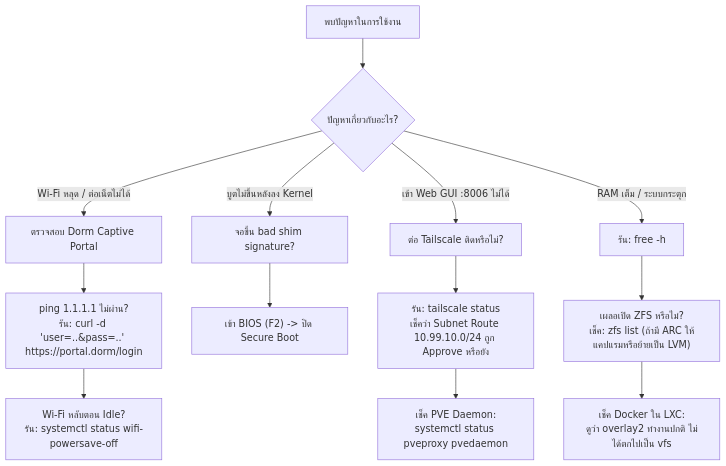
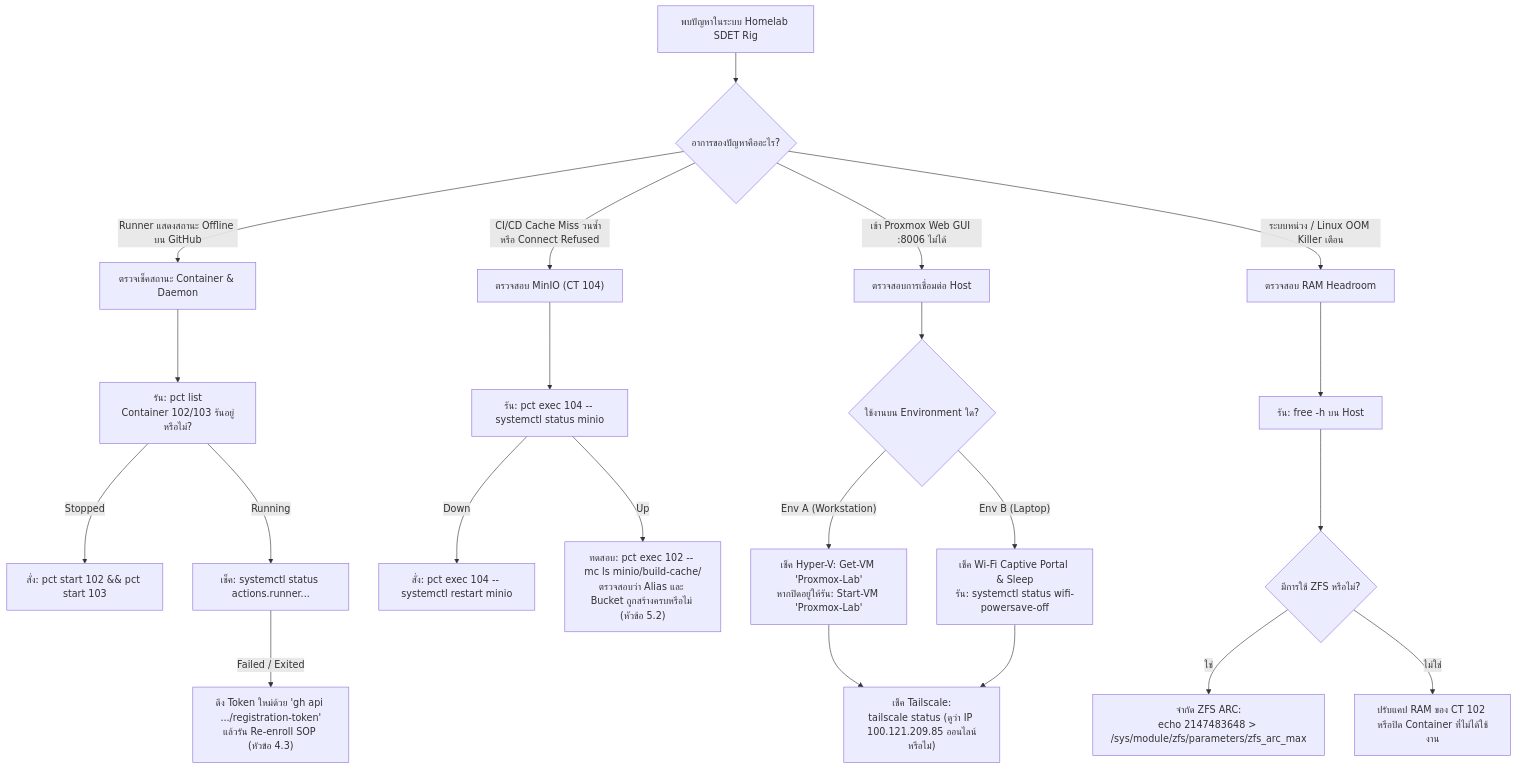
One commit to ugritchaichana/booth-homelab changed the second of 2 diagrams in RUNBOOK.md. Above: the diagram before and after it, drawn with Mermaid. The commit also changed other lines of this file and 1 other file, not shown here.

Commit message:
docs: finalize production runbook and wiki with dual-env ops, token rotation, and empirical traps

````diff
--- a/RUNBOOK.md
+++ b/RUNBOOK.md
@@ -294,19 +477,28 @@
 ```mermaid
 flowchart TD
-    Issue["พบปัญหาในการใช้งาน"] --> Q1{"ปัญหาเกี่ยวกับอะไร?"}
-    
-    Q1 -- "Wi-Fi หลุด / ต่อเน็ตไม่ได้" --> W1["ตรวจสอบ Dorm Captive Portal"]
-    W1 --> W2["ping 1.1.1.1 ไม่ผ่าน?\nรัน: curl -d 'user=..&pass=..' https://portal.dorm/login"]
-    W2 --> W3["Wi-Fi หลับตอน Idle?\nรัน: systemctl status wifi-powersave-off"]
-    
-    Q1 -- "บูตไม่ขึ้นหลังลง Kernel" --> K1["จอขึ้น bad shim signature?"]
-    K1 --> K2["เข้า BIOS (F2) -> ปิด Secure Boot"]
-    
-    Q1 -- "เข้า Web GUI :8006 ไม่ได้" --> N1["ต่อ Tailscale ติดหรือไม่?"]
-    N1 --> N2["รัน: tailscale status\nเช็คว่า Subnet Route 10.99.10.0/24 ถูก Approve หรือยัง"]
-    N2 --> N3["เช็ค PVE Daemon:\nsystemctl status pveproxy pvedaemon"]
-    
-    Q1 -- "RAM เต็ม / ระบบกระตุก" --> M1["รัน: free -h"]
-    M1 --> M2["เผลอเปิด ZFS หรือไม่?\nเช็ค: zfs list (ถ้ามี ARC ให้แคปแรมหรือย้ายเป็น LVM)"]
-    M2 --> M3["เช็ค Docker ใน LXC:\nดูว่า overlay2 ทำงานปกติ ไม่ได้ตกไปเป็น vfs"]
+    Issue["พบปัญหาในระบบ Homelab SDET Rig"] --> Triage{"อาการของปัญหาคืออะไร?"}
+
+    Triage -- "Runner แสดงสถานะ Offline บน GitHub" --> R1["ตรวจเช็คสถานะ Container & Daemon"]
+    R1 --> R2["รัน: pct list\nContainer 102/103 รันอยู่หรือไม่?"]
+    R2 -- "Stopped" --> R3["สั่ง: pct start 102 && pct start 103"]
+    R2 -- "Running" --> R4["เช็ค: systemctl status actions.runner..."]
+    R4 -- "Failed / Exited" --> R5["ดึง Token ใหม่ด้วย 'gh api .../registration-token'\nแล้วรัน Re-enroll SOP (หัวข้อ 4.3)"]
+
+    Triage -- "CI/CD Cache Miss วนซ้ำ หรือ Connect Refused" --> C1["ตรวจสอบ MinIO (CT 104)"]
+    C1 --> C2["รัน: pct exec 104 -- systemctl status minio"]
+    C2 -- "Down" --> C3["สั่ง: pct exec 104 -- systemctl restart minio"]
+    C2 -- "Up" --> C4["ทดสอบ: pct exec 102 -- mc ls minio/build-cache/\nตรวจสอบว่า Alias และ Bucket ถูกสร้างครบหรือไม่ (หัวข้อ 5.2)"]
+
+    Triage -- "เข้า Proxmox Web GUI :8006 ไม่ได้" --> N1["ตรวจสอบการเชื่อมต่อ Host"]
+    N1 --> N2{"ใช้งานบน Environment ใด?"}
+    N2 -- "Env A (Workstation)" --> N3["เช็ค Hyper-V: Get-VM 'Proxmox-Lab'\nหากปิดอยู่ให้รัน: Start-VM 'Proxmox-Lab'"]
+    N2 -- "Env B (Laptop)" --> N4["เช็ค Wi-Fi Captive Portal & Sleep\nรัน: systemctl status wifi-powersave-off"]
+    N3 --> N5["เช็ค Tailscale:\ntailscale status (ดูว่า IP 100.121.209.85 ออนไลน์หรือไม่)"]
+    N4 --> N5
+
+    Triage -- "ระบบหน่วง / Linux OOM Killer เตือน" --> M1["ตรวจสอบ RAM Headroom"]
+    M1 --> M2["รัน: free -h บน Host"]
+    M2 --> M3{"มีการใช้ ZFS หรือไม่?"}
+    M3 -- "ใช่" --> M4["จำกัด ZFS ARC:\necho 2147483648 > /sys/module/zfs/parameters/zfs_arc_max"]
+    M3 -- "ไม่ใช่" --> M5["ปรับแคป RAM ของ CT 102 หรือปิด Container ที่ไม่ได้ใช้งาน"]
 ```
````
